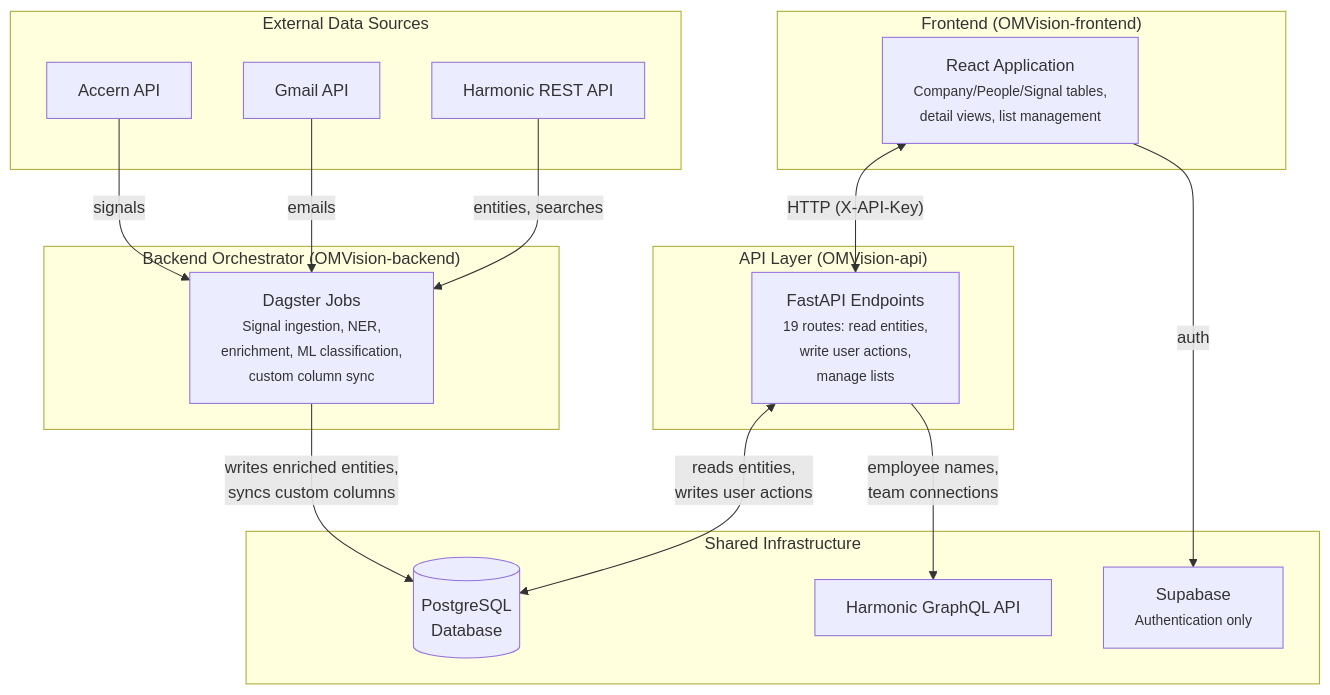
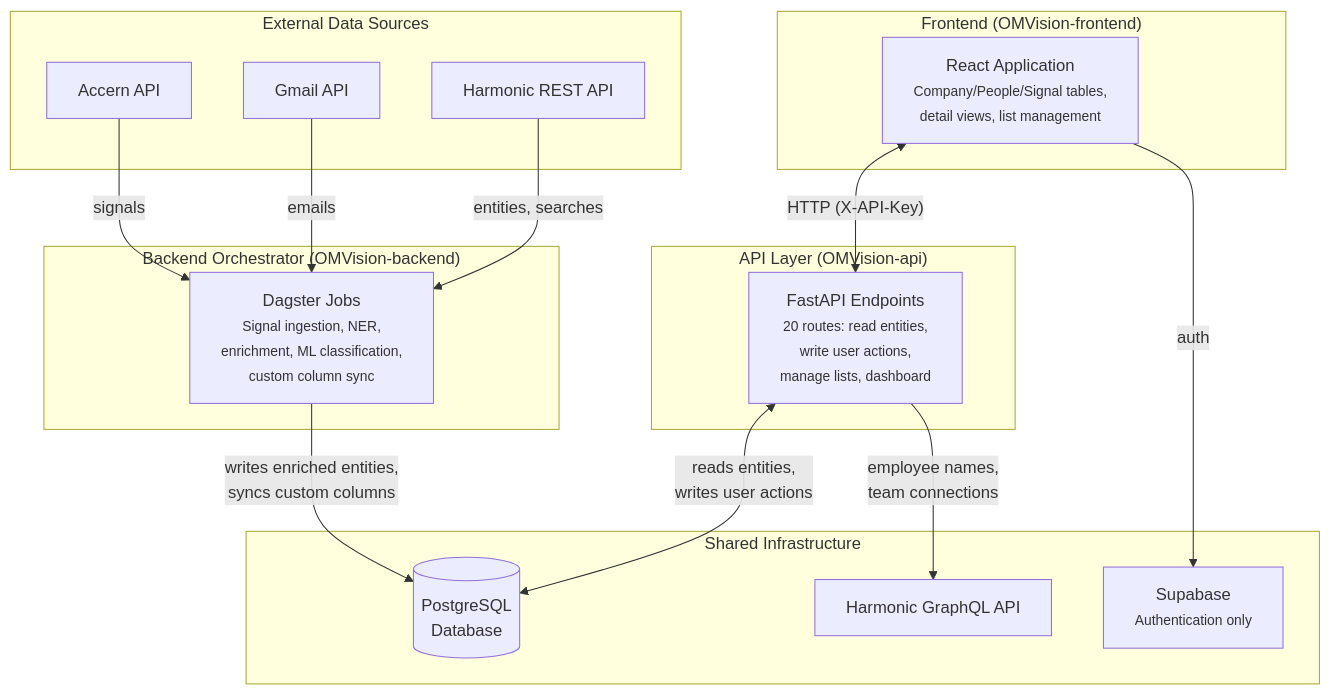
Before and after one commit to bhoxie20/omvision_docs: the sixth of 7 diagrams in docs/api/api.md, drawn with Mermaid. The commit also changed other lines of this file and 5 other files, not shown here.

````diff
--- a/docs/api/api.md
+++ b/docs/api/api.md
@@ -1599,37 +1634,37 @@
 ```mermaid
 flowchart TD
     subgraph External["External Data Sources"]
         Accern["Accern API"]
         Gmail["Gmail API"]
         HarmonicBE["Harmonic REST API"]
     end
 
     subgraph Backend["Backend Orchestrator (OMVision-backend)"]
         Dagster["Dagster Jobs<br/><small>Signal ingestion, NER,<br/>enrichment, ML classification,<br/>custom column sync</small>"]
     end
 
     subgraph API["API Layer (OMVision-api)"]
-        FastAPI["FastAPI Endpoints<br/><small>19 routes: read entities,<br/>write user actions,<br/>manage lists</small>"]
+        FastAPI["FastAPI Endpoints<br/><small>20 routes: read entities,<br/>write user actions,<br/>manage lists, dashboard</small>"]
     end
 
     subgraph Frontend["Frontend (OMVision-frontend)"]
         React["React Application<br/><small>Company/People/Signal tables,<br/>detail views, list management</small>"]
     end
 
     subgraph Infra["Shared Infrastructure"]
         DB[("PostgreSQL<br/>Database")]
         Supabase["Supabase<br/><small>Authentication only</small>"]
         HarmonicAPI["Harmonic GraphQL API"]
     end
 
     Accern -->|"signals"| Dagster
     Gmail -->|"emails"| Dagster
     HarmonicBE -->|"entities, searches"| Dagster
 
     Dagster -->|"writes enriched entities,<br/>syncs custom columns"| DB
     FastAPI <-->|"reads entities,<br/>writes user actions"| DB
     FastAPI -->|"employee names,<br/>team connections"| HarmonicAPI
 
     React <-->|"HTTP (X-API-Key)"| FastAPI
     React -->|"auth"| Supabase
 ```
````
